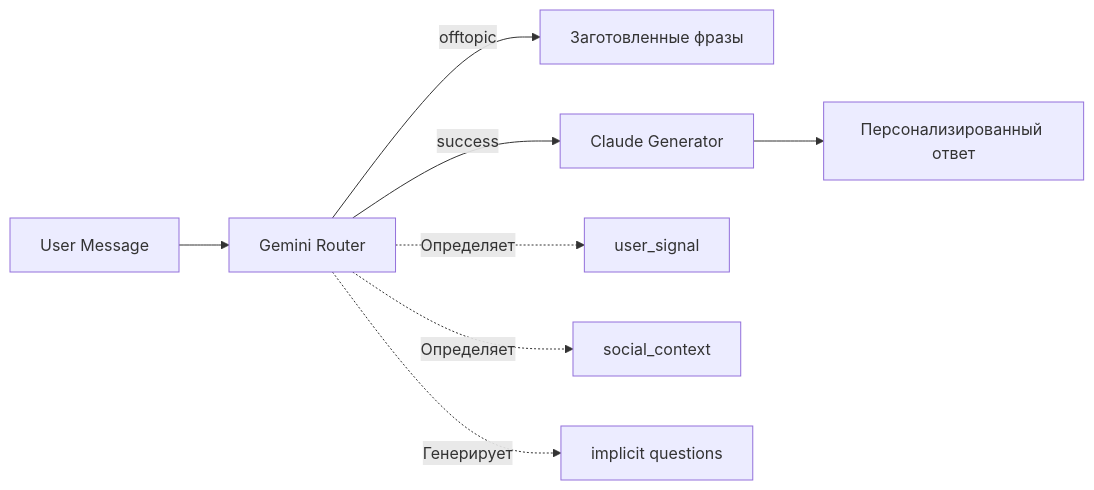
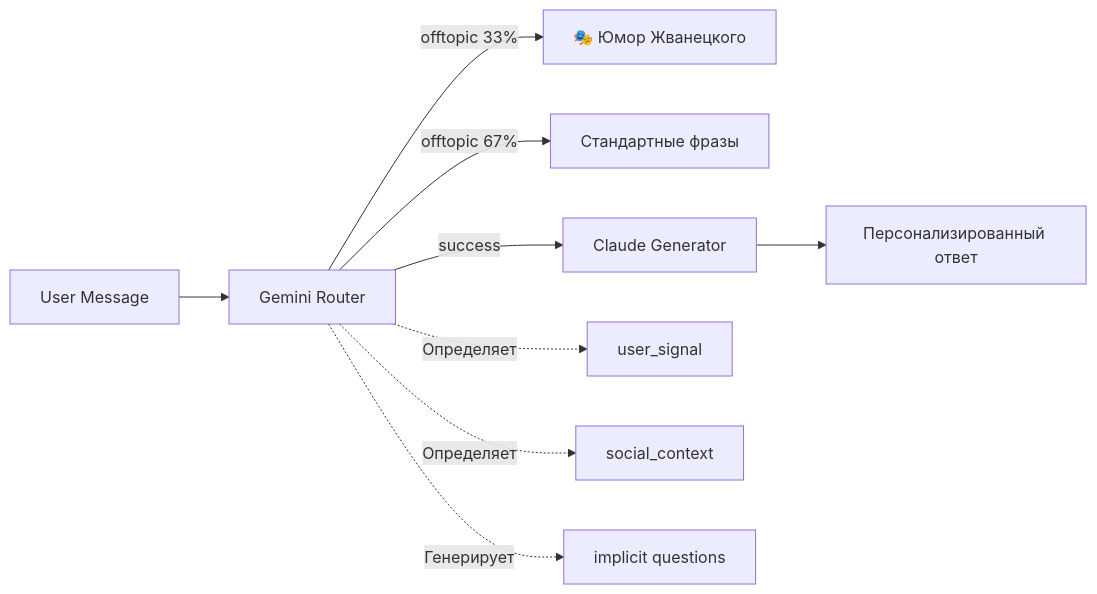
The diagram in CLAUDE.md (shao3d/Ukido_DynContInj), drawn with Mermaid before and after one commit. The commit also changed other lines of this file, not shown here.

First line of the commit message:
docs: Update CLAUDE.md to reflect branch structure

````diff
--- a/CLAUDE.md
+++ b/CLAUDE.md
@@ -29,12 +40,13 @@
 ```mermaid
 graph LR
     A[User Message] --> B[Gemini Router]
-    B -->|offtopic| C[Заготовленные фразы]
-    B -->|success| D[Claude Generator]
+    B -->|offtopic 33%| C[🎭 Юмор Жванецкого]
+    B -->|offtopic 67%| D[Стандартные фразы]
+    B -->|success| E[Claude Generator]
     
-    B -.->|Определяет| E[user_signal]
-    B -.->|Определяет| F[social_context]
-    B -.->|Генерирует| G[implicit questions]
+    B -.->|Определяет| F[user_signal]
+    B -.->|Определяет| G[social_context]
+    B -.->|Генерирует| H[implicit questions]
     
-    D --> H[Персонализированный ответ]
+    E --> I[Персонализированный ответ]
 ```
````
